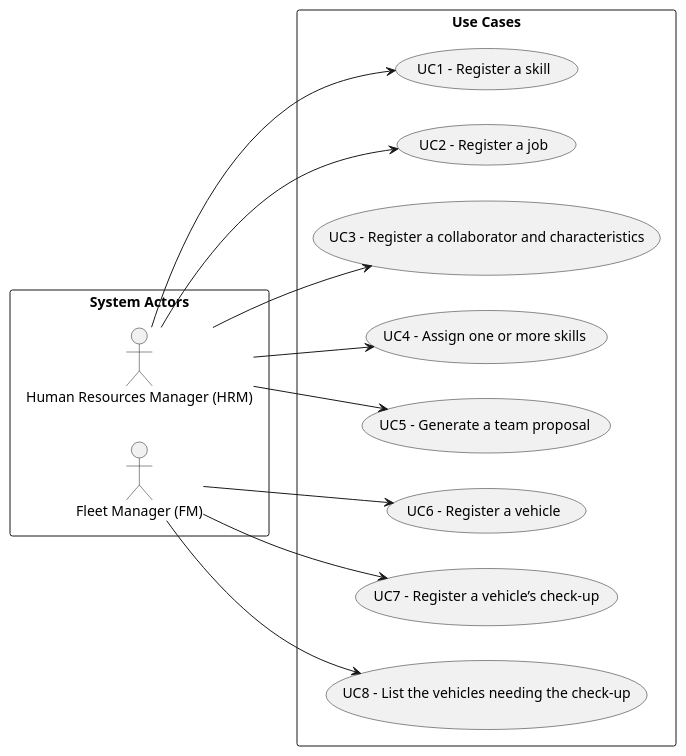
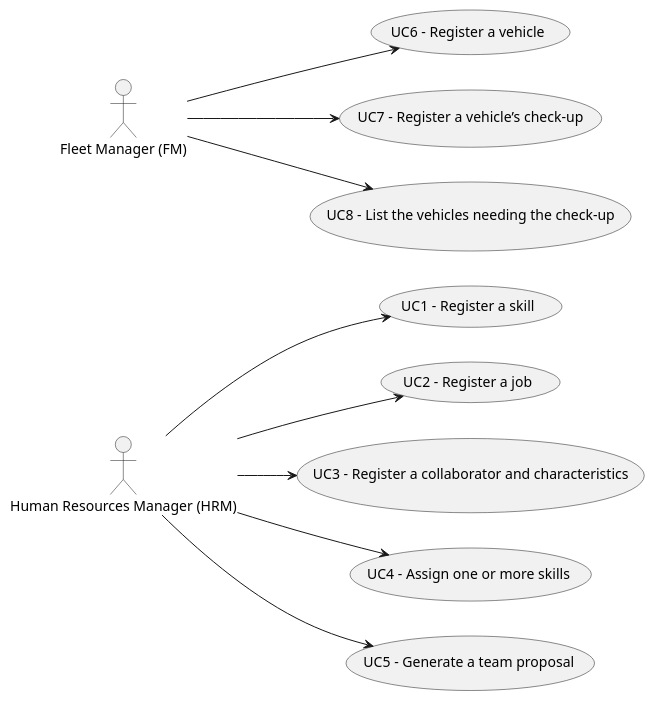
One commit to RicardoMorim/lapr2-ISEP-Project changed the diagram in docs/sprintC/global-artifacts/01.requirements-engineering/puml/use-case-diagram.puml. Above: the diagram before and after it, drawn with PlantUML. The commit also changed 63 other files, not shown here.

```diff
--- a/docs/sprintC/global-artifacts/01.requirements-engineering/puml/use-case-diagram.puml
+++ b/docs/sprintC/global-artifacts/01.requirements-engineering/puml/use-case-diagram.puml
@@ -1,30 +1,28 @@
 @startuml
 'skinparam monochrome true
 skinparam packageStyle rectangle
 'skinparam shadowing false
 'title Use Case Diagram Example
 left to right direction
-rectangle "System Actors" as actors{
     actor "Human Resources Manager (HRM)" as HRM
     actor "Fleet Manager (FM)" as FM
 
-}
-rectangle "Use Cases" as usecases{
+
     usecase "UC1 - Register a skill" as UC1
     usecase "UC2 - Register a job" as UC2
     usecase "UC3 - Register a collaborator and characteristics" as UC3
     usecase "UC4 - Assign one or more skills" as UC4
     usecase "UC5 - Generate a team proposal" as UC5
     usecase "UC6 - Register a vehicle" as UC6
     usecase "UC7 - Register a vehicle’s check-up" as UC7
     usecase "UC8 - List the vehicles needing the check-up" as UC8
     HRM --> UC1
     HRM --> UC2
     HRM --> UC3
     HRM --> UC4
     HRM --> UC5
     FM --> UC6
     FM --> UC7
     FM --> UC8
-}
+
 @enduml
```
